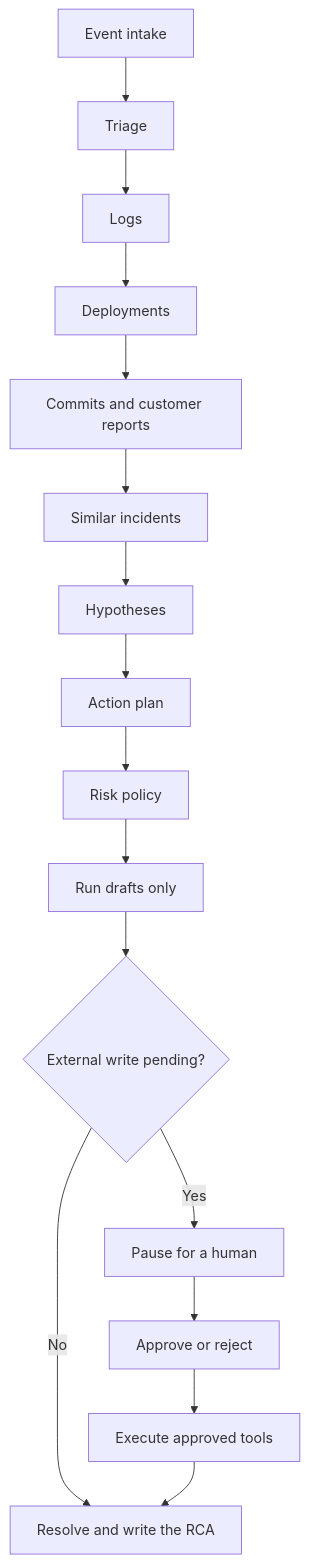
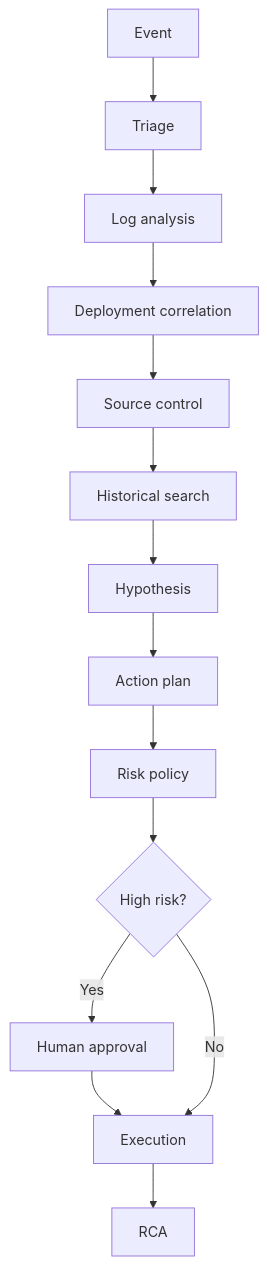
Before and after one commit to veeraputhiransv/opspilot-ai: the second of 2 diagrams in README.md, drawn with Mermaid. The commit also changed other lines of this file and 62 other files, not shown here.

````diff
--- a/README.md
+++ b/README.md
@@ -49,18 +71,16 @@
 ```mermaid
 flowchart TD
-  A[Event intake] --> B[Triage]
-  B --> C[Logs]
-  C --> D[Deployments]
-  D --> E[Commits and customer reports]
-  E --> F[Similar incidents]
-  F --> G[Hypotheses]
+  A[Event] --> B[Triage]
+  B --> C[Log analysis]
+  C --> D[Deployment correlation]
+  D --> E[Source control]
+  E --> F[Historical search]
+  F --> G[Hypothesis]
   G --> H[Action plan]
   H --> I[Risk policy]
-  I --> J[Run drafts only]
-  J --> K{External write pending?}
-  K -->|Yes| L[Pause for a human]
-  K -->|No| M[Resolve and write the RCA]
-  L --> N[Approve or reject]
-  N --> O[Execute approved tools]
-  O --> M
+  I --> J{High risk?}
+  J -->|Yes| K[Human approval]
+  K --> L[Execution]
+  J -->|No| L
+  L --> M[RCA]
 ```
````
